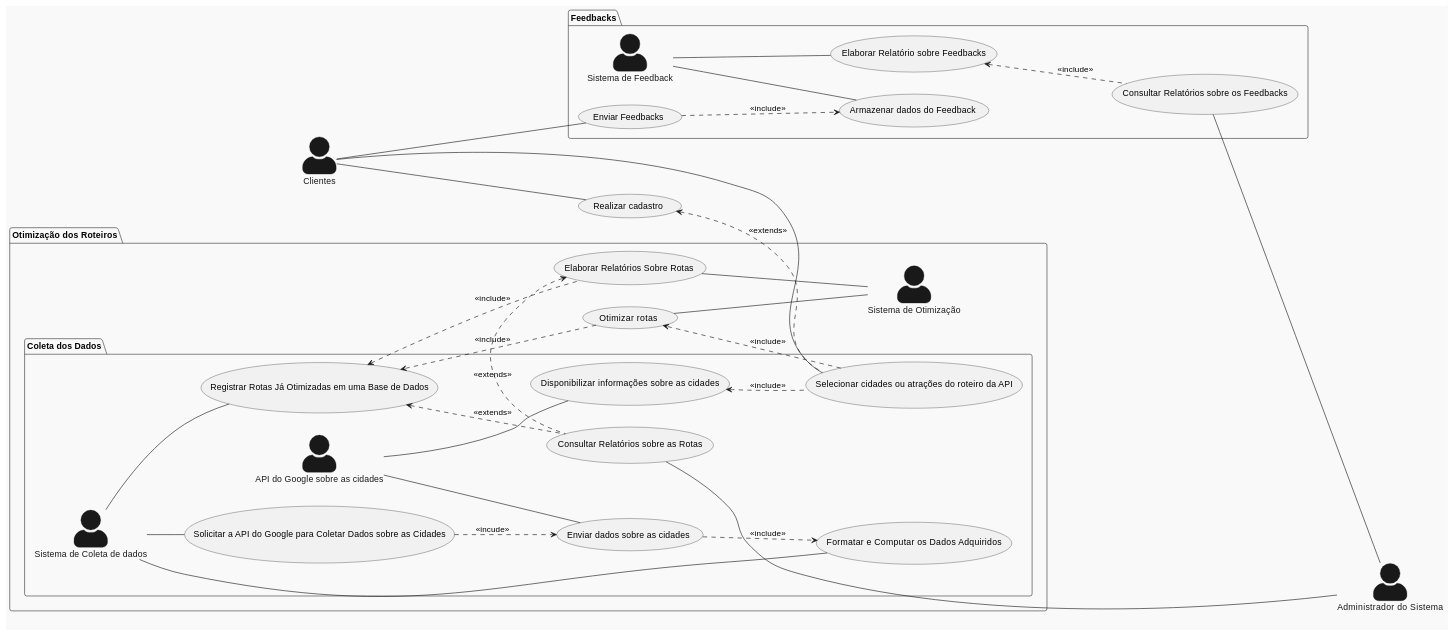
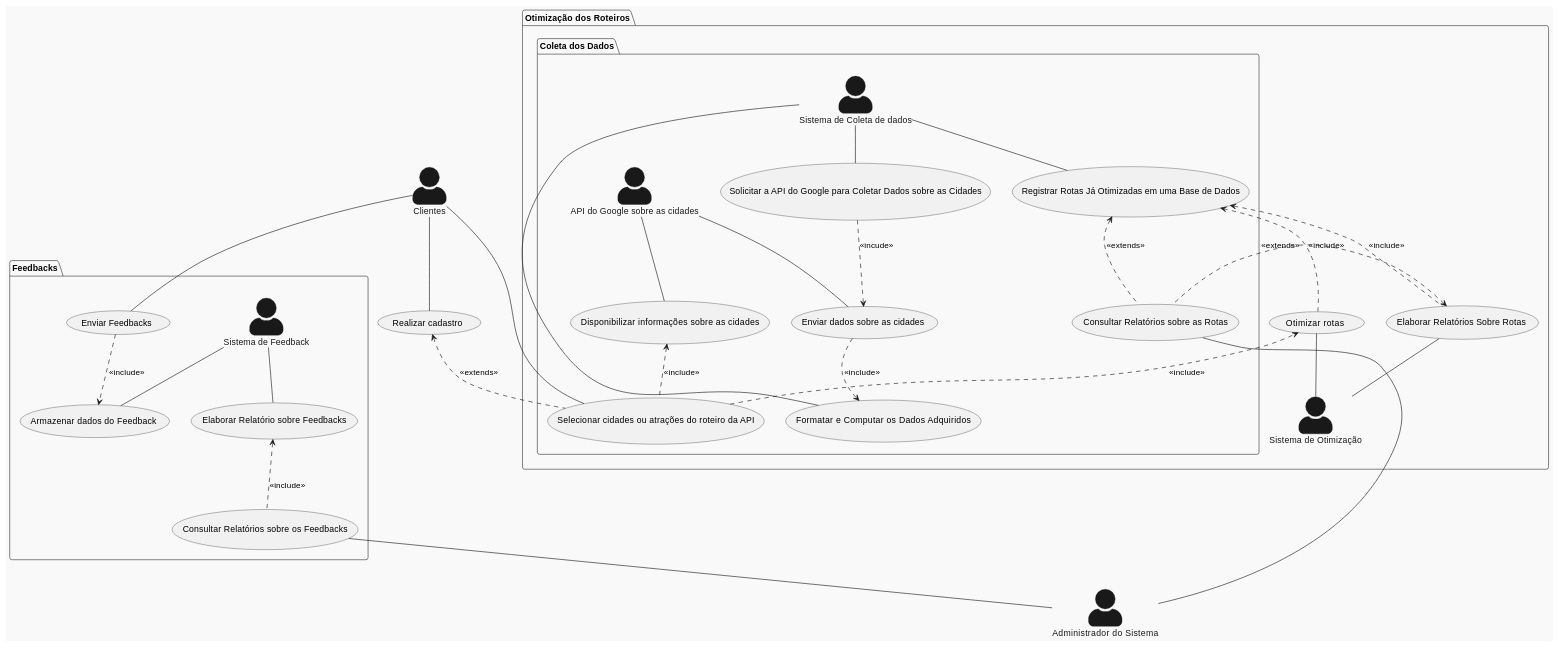
Before and after one commit to pedrodilallo/site_turismo_SIG: the diagram in Relatório/Semana-1/Diagramas/DCU.md, drawn with PlantUML. The commit also changed 3 other files, not shown here.

```diff
--- a/Relatório/Semana-1/Diagramas/DCU.md
+++ b/Relatório/Semana-1/Diagramas/DCU.md
@@ -1,70 +1,69 @@
 @startuml
 skinparam actorStyle awesome
 !theme mars
-left to right direction
 actor "Clientes" as cliente
 actor "Administrador do Sistema" as sys_admin
 
 cliente -- (Realizar cadastro)
 
 
 
 
 package "Otimização dos Roteiros"{
 actor "Sistema de Otimização" as  otimizador
 
 
 (Otimizar rotas) -- otimizador 
 
 
     package "Coleta dos Dados"{
         actor "Sistema de Coleta de dados" as coletador
         actor "API do Google sobre as cidades" as API   
 
         cliente -- (Selecionar cidades ou atrações do roteiro da API)
         (Selecionar cidades ou atrações do roteiro da API) ..> (Otimizar rotas): <<include>>
         (Solicitar a API do Google para Coletar Dados sobre as Cidades) ..> (Enviar dados sobre as cidades) : <<incude>>
         coletador -- (Solicitar a API do Google para Coletar Dados sobre as Cidades)
         coletador -- (Registrar Rotas Já Otimizadas em uma Base de Dados)
         coletador -- (Formatar e Computar os Dados Adquiridos)
         API -- (Enviar dados sobre as cidades)
         API -- (Disponibilizar informações sobre as cidades)
         (Disponibilizar informações sobre as cidades) <.. (Selecionar cidades ou atrações do roteiro da API) : <<include>>
         (Otimizar rotas) ..> (Registrar Rotas Já Otimizadas em uma Base de Dados) : <<include>>
         (Registrar Rotas Já Otimizadas em uma Base de Dados) <.. (Consultar Relatórios sobre as Rotas) : <<extends>>
 
     }
 (Registrar Rotas Já Otimizadas em uma Base de Dados) <.. (Elaborar Relatórios Sobre Rotas):<<include>>
 (Elaborar Relatórios Sobre Rotas) <.. (Consultar Relatórios sobre as Rotas): <<extends>> 
 (Elaborar Relatórios Sobre Rotas) -- otimizador
 
 }
 
 
 
 (Consultar Relatórios sobre as Rotas) -- sys_admin
 
 
 
 
 (Realizar cadastro) <.. (Selecionar cidades ou atrações do roteiro da API) : <<extends>>
 (Enviar dados sobre as cidades) ..> (Formatar e Computar os Dados Adquiridos) : <<include>>
 
 
 package "Feedbacks"{
 actor "Sistema de Feedback" as feedback
 
 (Enviar Feedbacks) ..> (Armazenar dados do Feedback) : <<include>>
 (Elaborar Relatório sobre Feedbacks) <.. (Consultar Relatórios sobre os Feedbacks) : <<include>>
 cliente -- (Enviar Feedbacks)
 feedback -- (Armazenar dados do Feedback)
 (Consultar Relatórios sobre os Feedbacks) -- sys_admin
 feedback -- (Elaborar Relatório sobre Feedbacks)
 
 
 
 }
 
 
 
 @enduml
```
